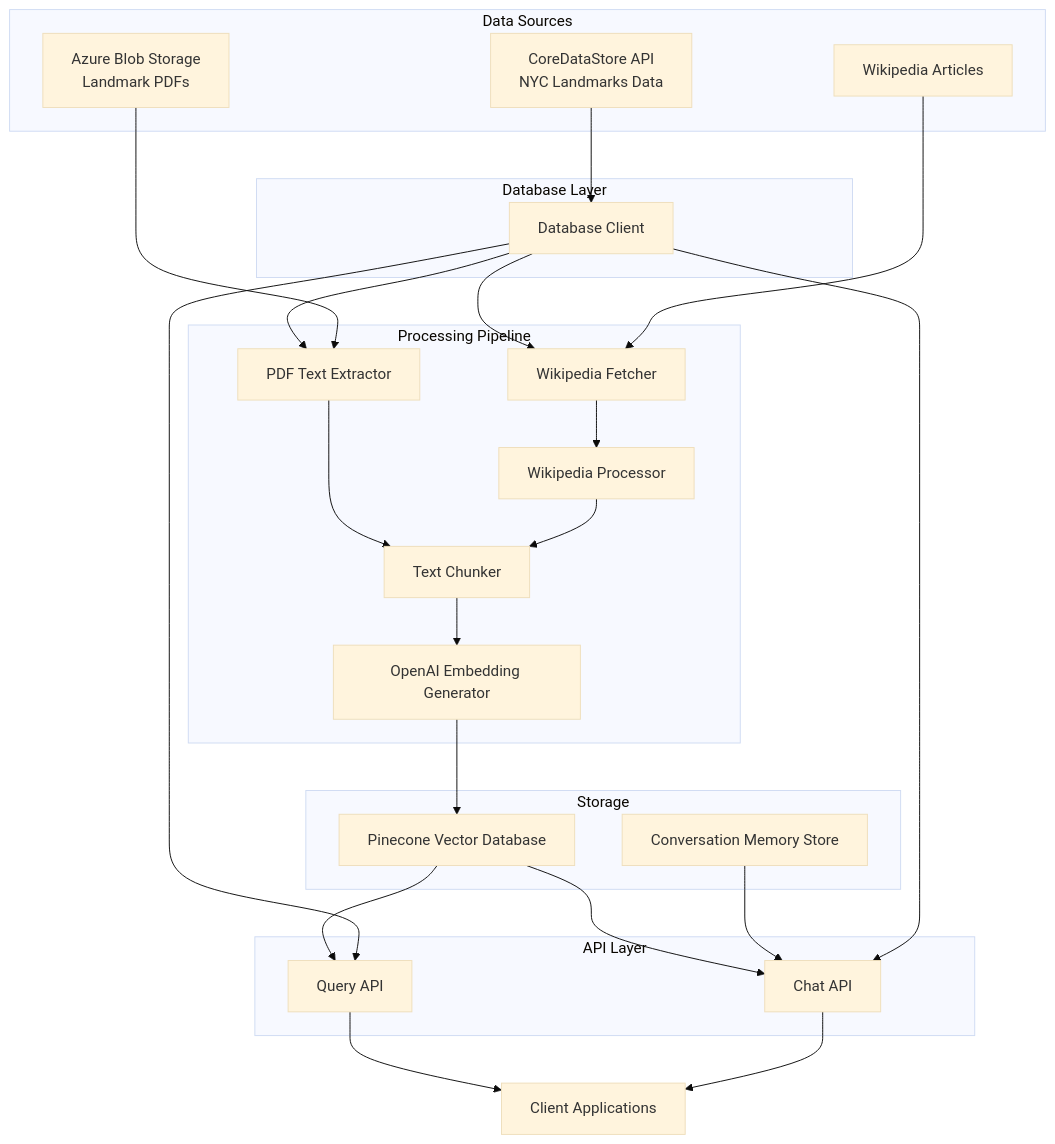
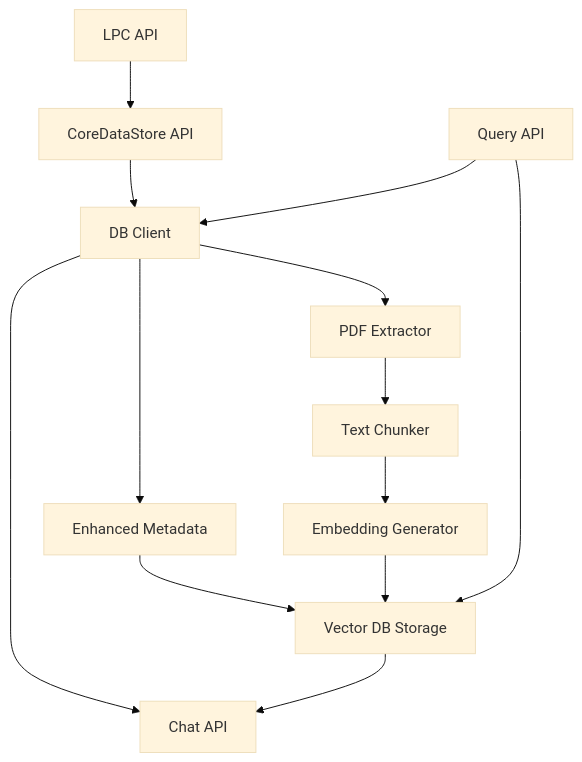
Before and after one commit to stuartshay/nyc-landmarks-vector-db: the diagram in memory-bank/systemPatterns.md, drawn with Mermaid (base theme). The commit also changed other lines of this file and 17 other files, not shown here.

````diff
--- a/memory-bank/systemPatterns.md
+++ b/memory-bank/systemPatterns.md
@@ -5,49 +22,15 @@
 ```mermaid
 flowchart TD
-    subgraph "Data Sources"
-        A[CoreDataStore API\nNYC Landmarks Data]
-        B[Azure Blob Storage\nLandmark PDFs]
-        W[Wikipedia Articles]
-    end
-
-    subgraph "Database Layer"
-        DB[Database Client]
-    end
-
-    subgraph "Processing Pipeline"
-        C[PDF Text Extractor]
-        D[Text Chunker]
-        E[OpenAI Embedding Generator]
-        WF[Wikipedia Fetcher]
-        WP[Wikipedia Processor]
-    end
-
-    subgraph "Storage"
-        F[Pinecone Vector Database]
-        G[Conversation Memory Store]
-    end
-
-    subgraph "API Layer"
-        H[Query API]
-        I[Chat API]
-    end
-
-    A --> DB
-    DB --> C
-    DB --> WF
-    B --> C
-    W --> WF
-    C --> D
-    WF --> WP
-    WP --> D
-    D --> E
-    E --> F
-    F --> H
-    F --> I
-    G --> I
-    DB --> H
-    DB --> I
-
-    H --> J[Client Applications]
-    I --> J
+    LPC[LPC API] --> Core[CoreDataStore API]
+    Core --> Client[DB Client]
+    Client --> PDF[PDF Extractor]
+    PDF --> Chunks[Text Chunker]
+    Chunks --> Embed[Embedding Generator]
+    Embed --> Vector[Vector DB Storage]
+    Client --> Meta[Enhanced Metadata]
+    Meta --> Vector
+    Query[Query API] --> Vector
+    Query --> Client
+    Vector --> Chat[Chat API]
+    Client --> Chat
 ```
````
